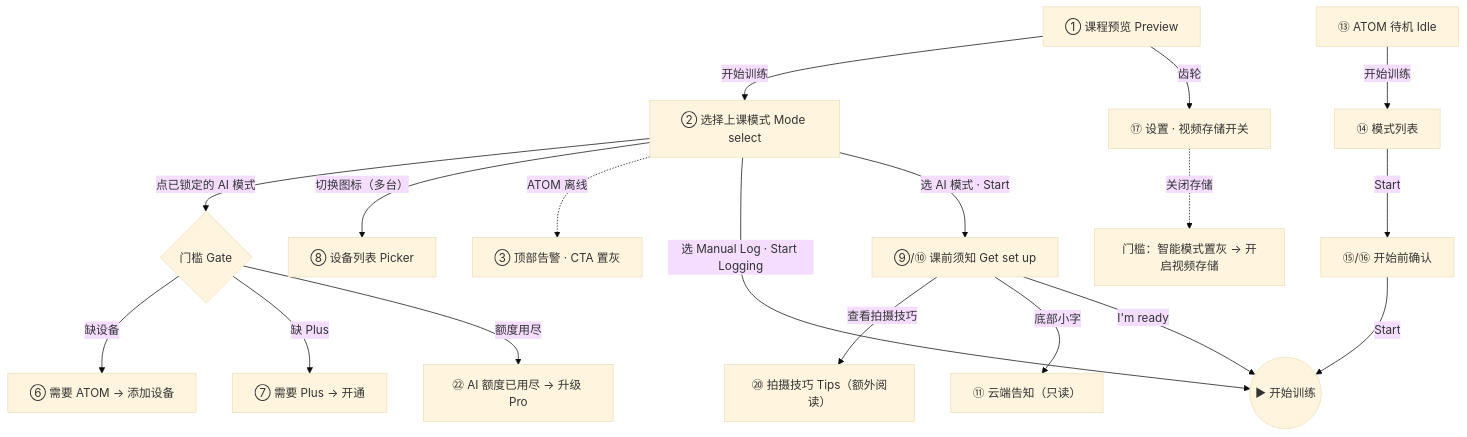
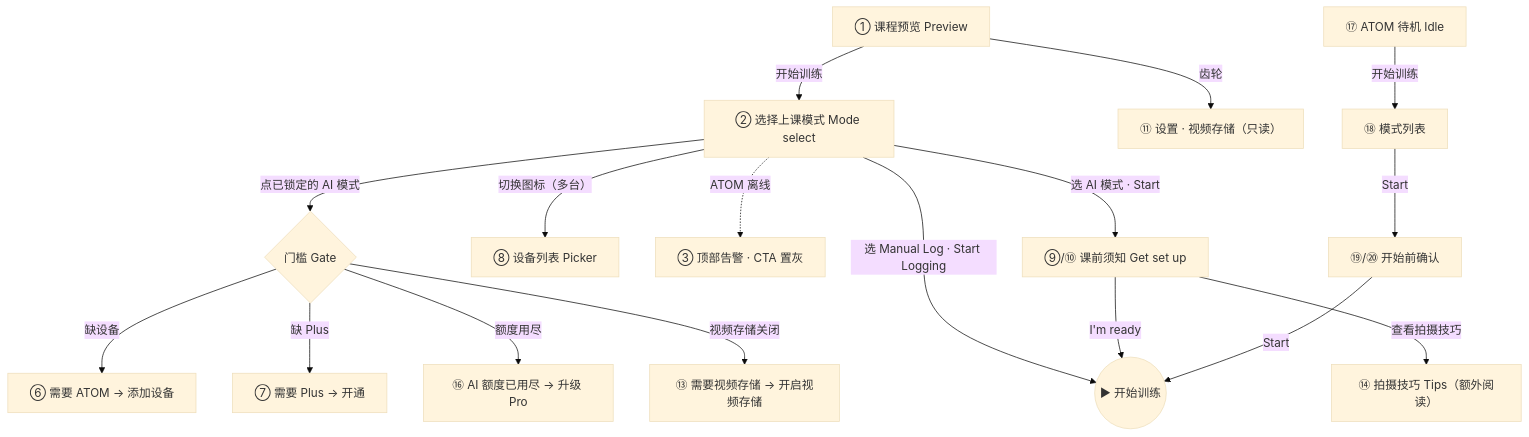
One commit to Alexis-Lin/ATOM-PreClass-ModeSelection changed the diagram in PRD 课前模式选择.md. Above: the diagram before and after it, drawn with Mermaid (base theme). The commit also changed other lines of this file and 3 other files, not shown here.

````diff
--- a/PRD 课前模式选择.md
+++ b/PRD 课前模式选择.md
@@ -191,20 +191,19 @@
 ```mermaid
 flowchart TD
   P0["① 课程预览 Preview"] -->|开始训练| M["② 选择上课模式 Mode select"]
   M -->|点已锁定的 AI 模式| G{"门槛 Gate"}
   G -->|缺设备| G1["⑥ 需要 ATOM → 添加设备"]
   G -->|缺 Plus| G2["⑦ 需要 Plus → 开通"]
-  G -->|额度用尽| G3["㉒ AI 额度已用尽 → 升级 Pro"]
+  G -->|额度用尽| G3["⑯ AI 额度已用尽 → 升级 Pro"]
+  G -->|视频存储关闭| G4["⑬ 需要视频存储 → 开启视频存储"]
   M -->|切换图标（多台）| DP["⑧ 设备列表 Picker"]
   M -.->|ATOM 离线| OFF["③ 顶部告警 · CTA 置灰"]
   M -->|选 Manual Log · Start Logging| START(("▶ 开始训练"))
   M -->|选 AI 模式 · Start| N["⑨/⑩ 课前须知 Get set up"]
-  N -->|查看拍摄技巧| T["⑳ 拍摄技巧 Tips（额外阅读）"]
-  N -->|底部小字| CN["⑪ 云端告知（只读）"]
+  N -->|查看拍摄技巧| T["⑭ 拍摄技巧 Tips（额外阅读）"]
   N -->|I'm ready| START
-  P0 -->|齿轮| S["⑰ 设置 · 视频存储开关"]
-  S -.->|关闭存储| G4["门槛：智能模式置灰 → 开启视频存储"]
-  A0["⑬ ATOM 待机 Idle"] -->|开始训练| AM["⑭ 模式列表"]
-  AM -->|Start| AC["⑮/⑯ 开始前确认"]
+  P0 -->|齿轮| S["⑪ 设置 · 视频存储（只读）"]
+  A0["⑰ ATOM 待机 Idle"] -->|开始训练| AM["⑱ 模式列表"]
+  AM -->|Start| AC["⑲/⑳ 开始前确认"]
   AC -->|Start| START
 ```
````
